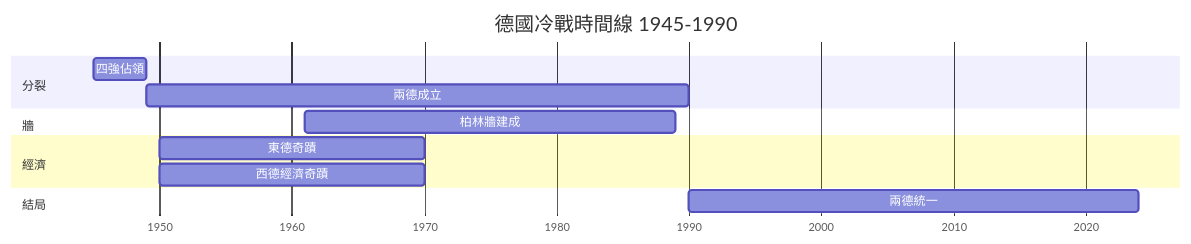
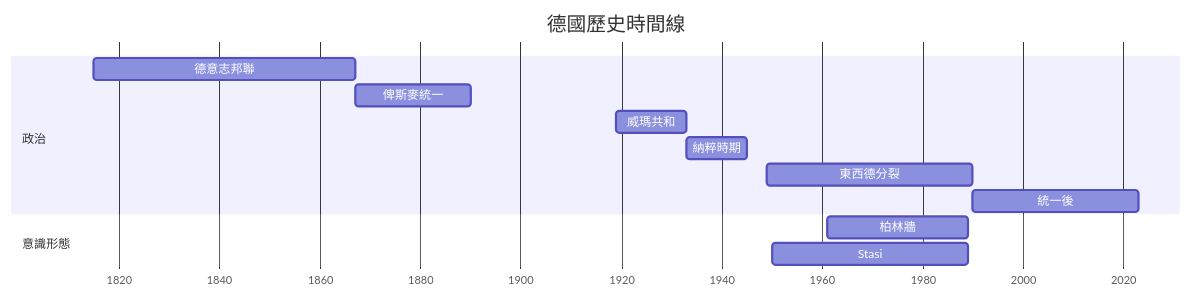
The sixth of 10 diagrams in 01_HKU_Courses/HIST2076_Germany_and_the_Cold_War.md (yip-lgtm/HKU-Harvard-History-Self-Study), drawn with Mermaid before and after one commit. The commit also changed other lines of this file and 25 other files, not shown here.

````diff
--- a/01_HKU_Courses/HIST2076_Germany_and_the_Cold_War.md
+++ b/01_HKU_Courses/HIST2076_Germany_and_the_Cold_War.md
@@ -154,16 +278,16 @@
 ```mermaid
 gantt
-    title 德國冷戰時間線 1945-1990
+    title 德國歷史時間線
     dateFormat  YYYY
     axisFormat  %Y
-    section 分裂
-    四強佔領    :1945, 1949
-    兩德成立    :1949, 1990
-    section 牆
-    柏林牆建成    :1961, 1989
-    section 經濟
-    東德奇蹟    :1950, 1970
-    西德經濟奇蹟    :1950, 1970
-    section 結局
-    兩德統一    :1990, 2024
+    section 政治
+    德意志邦聯    :1815, 1867
+    俾斯麥統一    :1867, 1890
+    威瑪共和    :1919, 1933
+    納粹時期    :1933, 1945
+    東西德分裂    :1949, 1990
+    統一後    :1990, 2023
+    section 意識形態
+    柏林牆    :1961, 1989
+    Stasi    :1950, 1989
 ```
````
